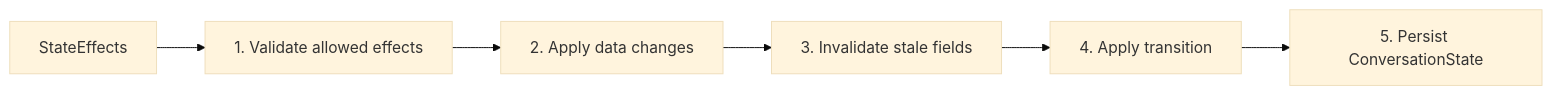
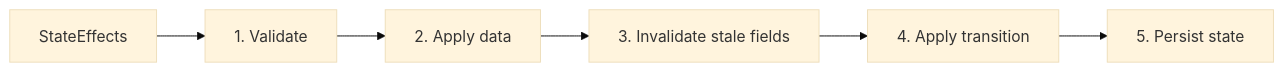
One commit to fghjkl007/adk-go-company-model-integration changed the eighth of 8 diagrams in docs/superpowers/specs/2026-06-07-intent-step-orchestration-confluence.md. Above: the diagram before and after it, drawn with Mermaid (base theme). The commit also changed other lines of this file, not shown here.

Commit message:
docs: simplify confluence demo diagrams

````diff
--- a/docs/superpowers/specs/2026-06-07-intent-step-orchestration-confluence.md
+++ b/docs/superpowers/specs/2026-06-07-intent-step-orchestration-confluence.md
@@ -231,8 +172,8 @@
 ```mermaid
 flowchart LR
-  Effects["StateEffects"] --> Validate["1. Validate allowed effects"]
-  Validate --> Data["2. Apply data changes"]
+  Effects["StateEffects"] --> Validate["1. Validate"]
+  Validate --> Data["2. Apply data"]
   Data --> Invalidate["3. Invalidate stale fields"]
   Invalidate --> Transition["4. Apply transition"]
-  Transition --> Persist["5. Persist ConversationState"]
+  Transition --> Persist["5. Persist state"]
 ```
````
